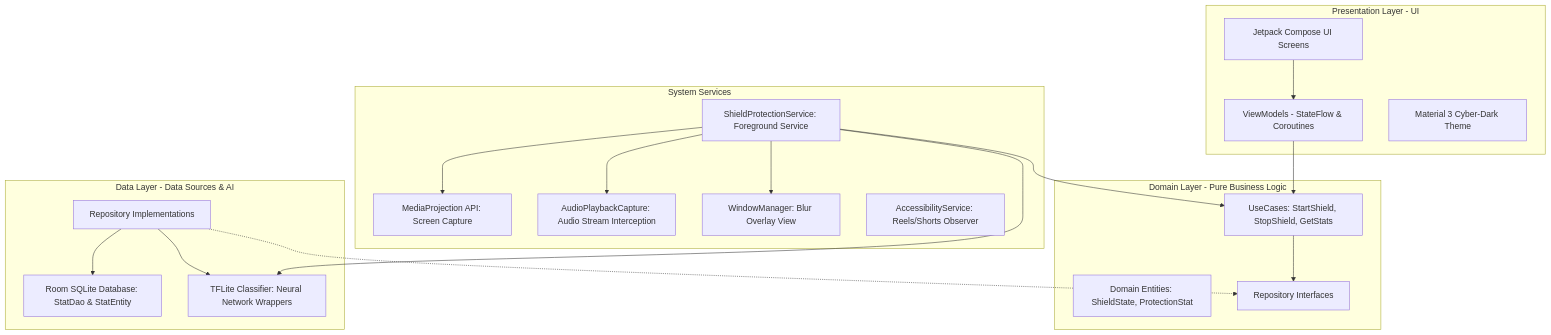
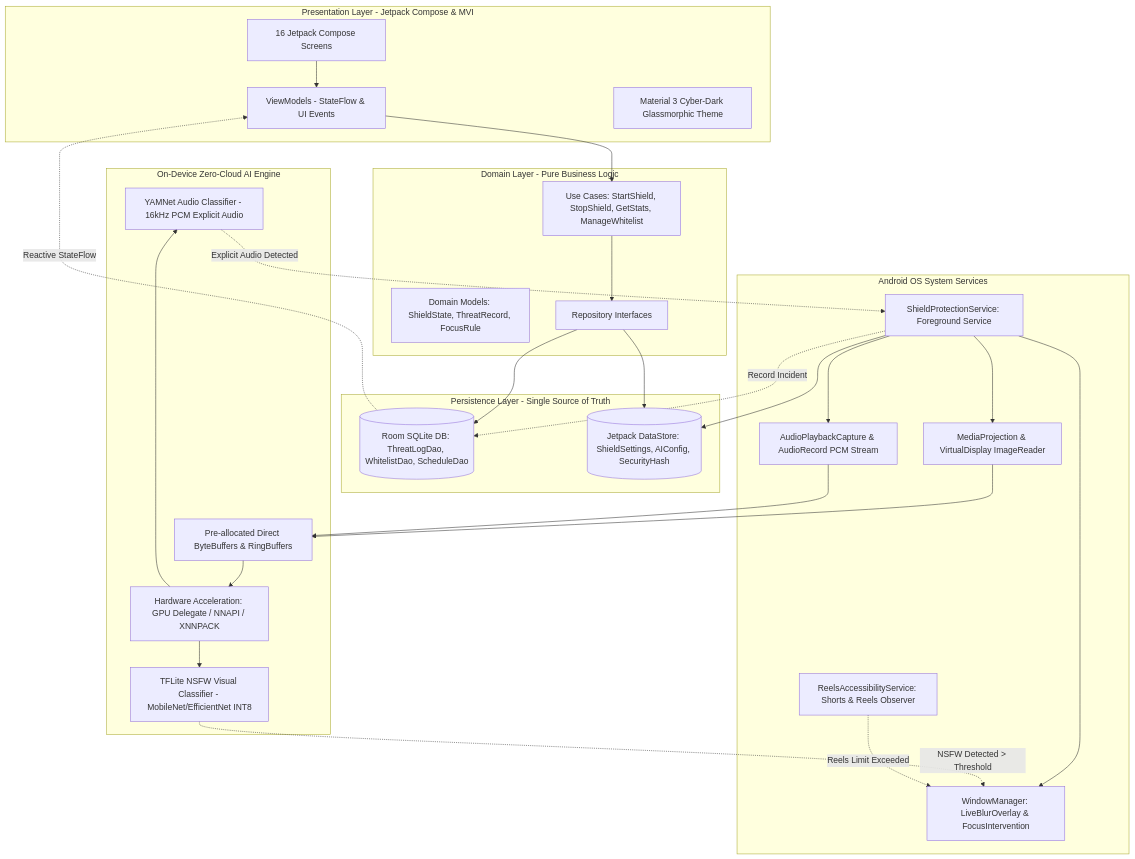
The first of 3 diagrams in ARCHITECTURE.md (saidur1004/SafeScreen), drawn with Mermaid before and after one commit. The commit also changed other lines of this file and 3 other files, not shown here.

Commit message:
docs(architecture): comprehensive zero-lag AI blueprint, contextual revision, and strict sequential action plan

````diff
--- a/ARCHITECTURE.md
+++ b/ARCHITECTURE.md
@@ -9,40 +11,62 @@
 ```mermaid
 graph TD
-    subgraph Presentation Layer [Presentation Layer - UI]
-        UI[Jetpack Compose UI Screens]
-        VM[ViewModels - StateFlow & Coroutines]
-        Theme[Material 3 Cyber-Dark Theme]
+    subgraph UI_Layer [Presentation Layer - Jetpack Compose & MVI]
+        UI[16 Jetpack Compose Screens]
+        VM[ViewModels - StateFlow & UI Events]
+        Theme[Material 3 Cyber-Dark Glassmorphic Theme]
     end
 
-    subgraph Domain Layer [Domain Layer - Pure Business Logic]
-        UC[UseCases: StartShield, StopShield, GetStats]
-        Models[Domain Entities: ShieldState, ProtectionStat]
-        RepoContract[Repository Interfaces]
+    subgraph Domain_Layer [Domain Layer - Pure Business Logic]
+        UC[Use Cases: StartShield, StopShield, GetStats, ManageWhitelist]
+        DomainModels[Domain Models: ShieldState, ThreatRecord, FocusRule]
+        RepoInterfaces[Repository Interfaces]
     end
 
-    subgraph Data Layer [Data Layer - Data Sources & AI]
-        RepoImpl[Repository Implementations]
-        RoomDB[Room SQLite Database: StatDao & StatEntity]
-        TFLite[TFLite Classifier: Neural Network Wrappers]
+    subgraph Persistence_Layer [Persistence Layer - Single Source of Truth]
+        RoomDB[(Room SQLite DB: ThreatLogDao, WhitelistDao, ScheduleDao)]
+        DataStore[(Jetpack DataStore: ShieldSettings, AIConfig, SecurityHash)]
     end
 
-    subgraph Android OS & Services Layer [System Services]
-        FGS[ShieldProtectionService: Foreground Service]
-        MP[MediaProjection API: Screen Capture]
-        APC[AudioPlaybackCapture: Audio Stream Interception]
-        Overlay[WindowManager: Blur Overlay View]
-        A11y[AccessibilityService: Reels/Shorts Observer]
+    subgraph AI_Core_Engine [On-Device Zero-Cloud AI Engine]
+        TFLiteVision[TFLite NSFW Visual Classifier - MobileNet/EfficientNet INT8]
+        YAMNetAudio[YAMNet Audio Classifier - 16kHz PCM Explicit Audio]
+        HardwareAccel[Hardware Acceleration: GPU Delegate / NNAPI / XNNPACK]
+        RingBuffers[Pre-allocated Direct ByteBuffers & RingBuffers]
     end
 
+    subgraph OS_Services_Layer [Android OS System Services]
+        FGS[ShieldProtectionService: Foreground Service]
+        MediaProj[MediaProjection & VirtualDisplay ImageReader]
+        AudioCapture[AudioPlaybackCapture & AudioRecord PCM Stream]
+        A11y[ReelsAccessibilityService: Shorts & Reels Observer]
+        WindowManager[WindowManager: LiveBlurOverlay & FocusIntervention]
+    end
+
+    %% UI Connections
     UI --> VM
     VM --> UC
-    UC --> RepoContract
-    RepoImpl -.-> RepoContract
-    RepoImpl --> RoomDB
-    RepoImpl --> TFLite
-    FGS --> TFLite
-    FGS --> MP
-    FGS --> APC
-    FGS --> Overlay
-    FGS --> UC
+    UC --> RepoInterfaces
+
+    %% Persistence Connections
+    RepoInterfaces --> DataStore
+    RepoInterfaces --> RoomDB
+
+    %% OS Services & AI Data Flow
+    FGS --> MediaProj
+    FGS --> AudioCapture
+    FGS --> WindowManager
+    FGS --> DataStore
+
+    MediaProj --> RingBuffers
+    AudioCapture --> RingBuffers
+    RingBuffers --> HardwareAccel
+    HardwareAccel --> TFLiteVision
+    HardwareAccel --> YAMNetAudio
+
+    %% Interventions & Logging
+    TFLiteVision -.->|NSFW Detected > Threshold| WindowManager
+    YAMNetAudio -.->|Explicit Audio Detected| FGS
+    A11y -.->|Reels Limit Exceeded| WindowManager
+    FGS -.->|Record Incident| RoomDB
+    RoomDB -.->|Reactive StateFlow| VM
 ```
````
